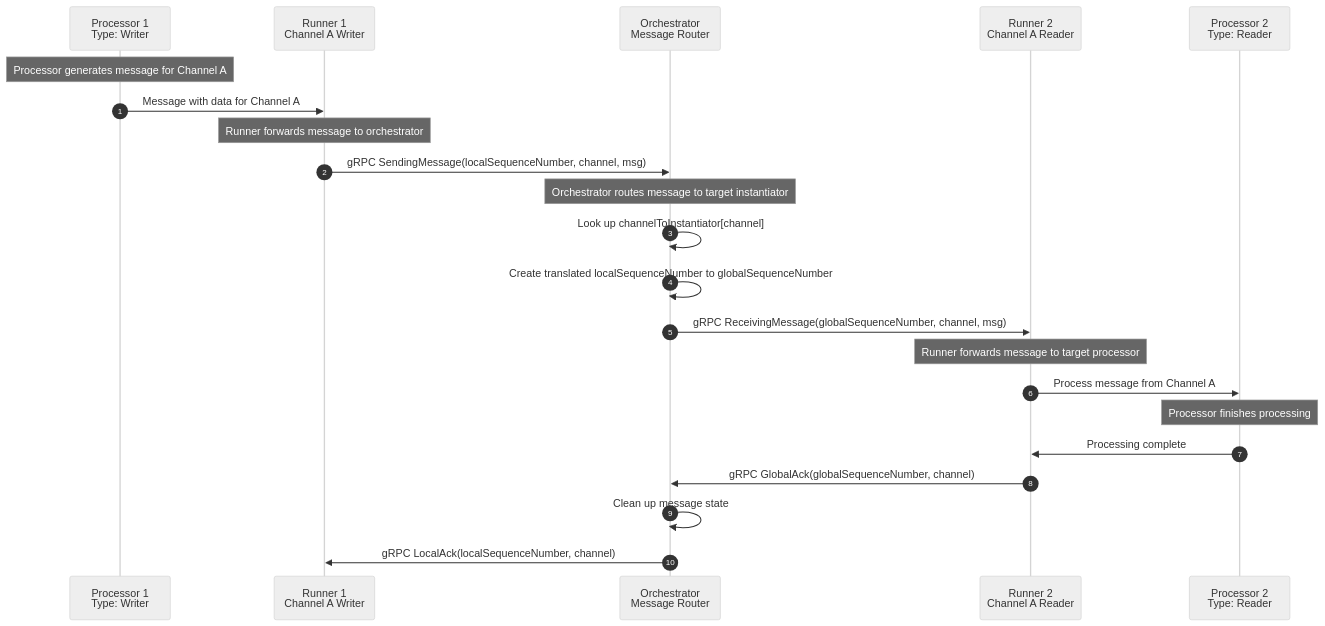
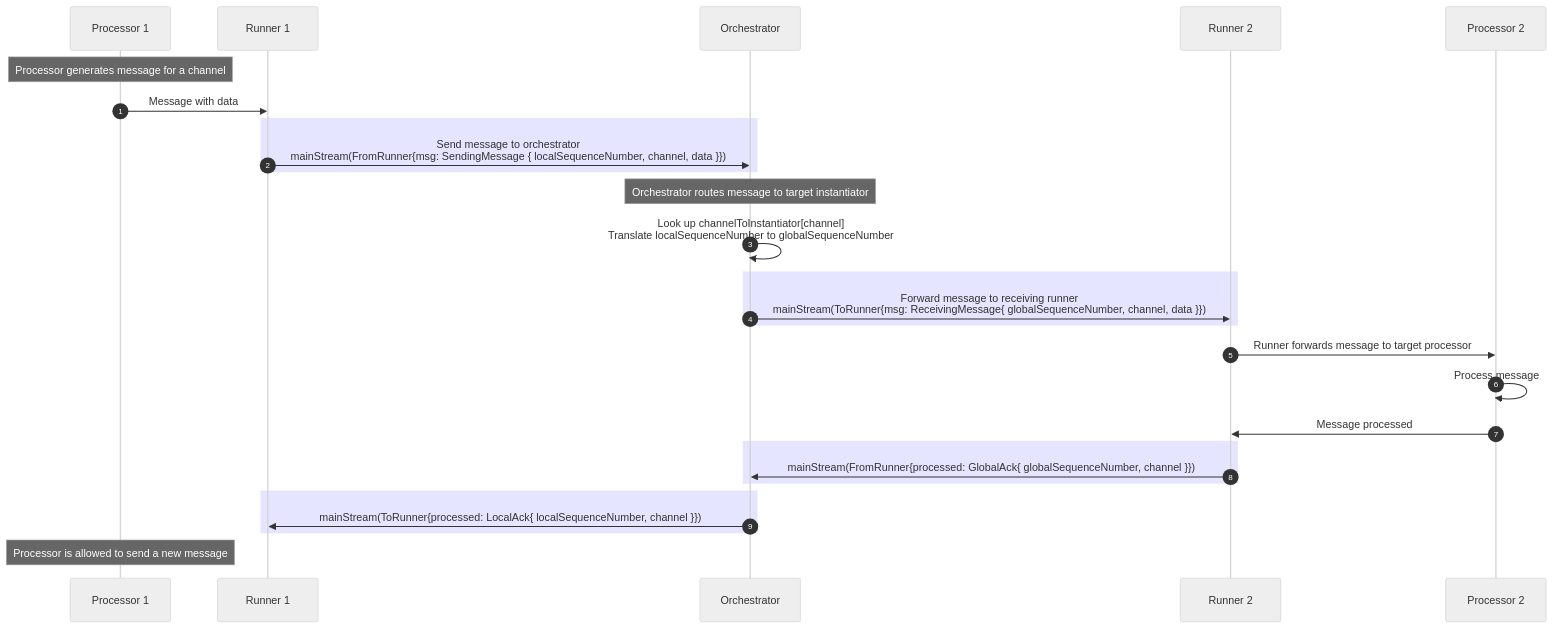
The second of 3 diagrams in README.md (rdf-connect/orchestrator-js), drawn with Mermaid (neutral theme) before and after one commit. The commit also changed other lines of this file, not shown here.

Commit message:
docs: update README sequence diagrams

````diff
--- a/README.md
+++ b/README.md
@@ -259,28 +269,33 @@
 ```mermaid
 sequenceDiagram
     autonumber
-    participant P1 as Processor 1<br/>Type: Writer
-    participant R1 as Runner 1<br/>Channel A Writer
-    participant O as Orchestrator<br/>Message Router
-    participant R2 as Runner 2<br/>Channel A Reader
-    participant P2 as Processor 2<br/>Type: Reader
+    participant P1 as Processor 1
+    participant R1 as Runner 1
+    participant O as Orchestrator
+    participant R2 as Runner 2
+    participant P2 as Processor 2
 
-    Note over P1: Processor generates message for Channel A
-    P1->>R1: Message with data for Channel A
-    Note over R1: Runner forwards message to orchestrator
-    R1->>O: gRPC SendingMessage(localSequenceNumber, channel, msg)
+    Note over P1: Processor generates message for a channel
+    P1->>R1: Message with data
+    rect rgba(0, 0, 255, .1)
+        R1->>O: Send message to orchestrator<br>mainStream(FromRunner{msg: SendingMessage { localSequenceNumber, channel, data }})
+    end
 
     Note over O: Orchestrator routes message to target instantiator
-    O->>O: Look up channelToInstantiator[channel]
-    O->>O: Create translated localSequenceNumber to globalSequenceNumber
-    O->>R2: gRPC ReceivingMessage(globalSequenceNumber, channel, msg)
+    O->>O: Look up channelToInstantiator[channel] <br> Translate localSequenceNumber to globalSequenceNumber
+    rect rgba(0, 0, 255, .1)
+        O->>R2: Forward message to receiving runner <br>mainStream(ToRunner{msg: ReceivingMessage{ globalSequenceNumber, channel, data }})
+    end
 
-    Note over R2: Runner forwards message to target processor
-    R2->>P2: Process message from Channel A
+    R2->>P2: Runner forwards message to target processor
+    P2->>P2: Process message
 
-    Note over P2: Processor finishes processing
-    P2->>R2: Processing complete
-    R2->>O: gRPC GlobalAck(globalSequenceNumber, channel)
-    O->>O: Clean up message state
-    O->>R1: gRPC LocalAck(localSequenceNumber, channel)
+    P2->>R2: Message processed
+    rect rgba(0, 0, 255, .1)
+        R2->>O: mainStream(FromRunner{processed: GlobalAck{ globalSequenceNumber, channel }})
+    end
+    rect rgba(0, 0, 255, .1)
+        O->>R1: mainStream(ToRunner{processed: LocalAck{ localSequenceNumber, channel }})
+    end
+    Note over P1: Processor is allowed to send a new message
 ```
````
